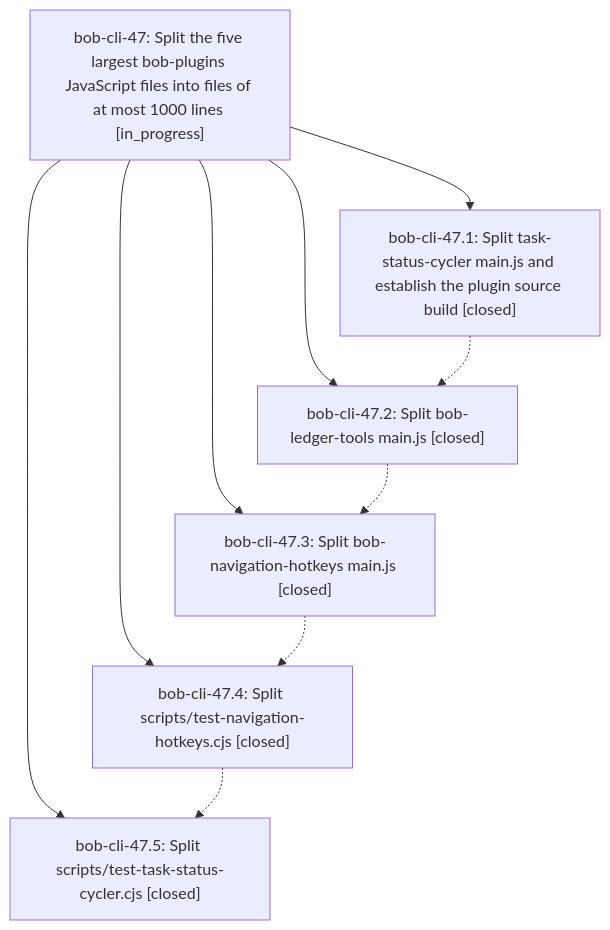
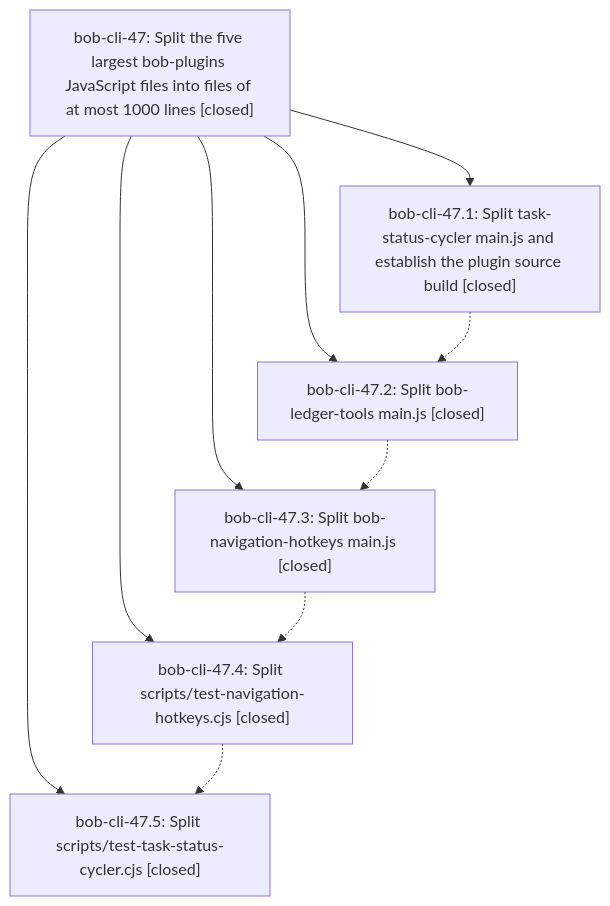
The diagram in pages/bob-cli-47/README.md (bobs-org/bob-cli--beads), drawn with Mermaid before and after one commit. The commit also changed other lines of this file, not shown here.

First line of the commit message:
chore(beads): sync bead state and pages for bob-cli-47

````diff
--- a/pages/bob-cli-47/README.md
+++ b/pages/bob-cli-47/README.md
@@ -26,18 +30,18 @@
 ```mermaid
 flowchart TD
-    n0["bob-cli-47: Split the five largest bob-plugins JavaScript files into files of at most 1000 lines [in_progress]"]
+    n0["bob-cli-47: Split the five largest bob-plugins JavaScript files into files of at most 1000 lines [closed]"]
     n1["bob-cli-47.1: Split task-status-cycler main.js and establish the plugin source build [closed]"]
     n2["bob-cli-47.2: Split bob-ledger-tools main.js [closed]"]
     n3["bob-cli-47.3: Split bob-navigation-hotkeys main.js [closed]"]
     n4["bob-cli-47.4: Split scripts/test-navigation-hotkeys.cjs [closed]"]
     n5["bob-cli-47.5: Split scripts/test-task-status-cycler.cjs [closed]"]
     n0 --> n1
     n0 --> n2
     n0 --> n3
     n0 --> n4
     n0 --> n5
     n1 -.-> n2
     n2 -.-> n3
     n3 -.-> n4
     n4 -.-> n5
 ```
````
